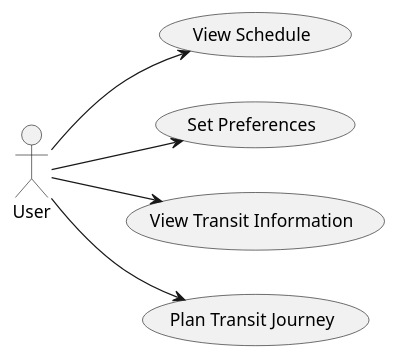
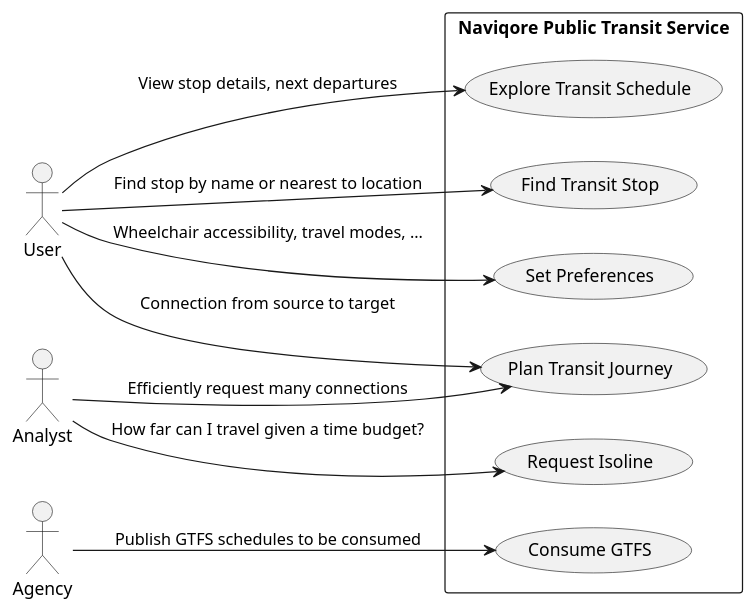
Before and after one commit to naviqore/documentation: the diagram in Writerside/topics/use-case.md, drawn with PlantUML. The commit also changed other lines of this file, not shown here.

````diff
--- a/Writerside/topics/use-case.md
+++ b/Writerside/topics/use-case.md
@@ -11,13 +3,27 @@
 ```plantuml
-
 @startuml
 left to right direction
+
 actor User
+actor Analyst
+actor Agency
 
-User --> (View Schedule)
-User --> (Set Preferences)
-User --> (View Transit Information)
-User --> (Plan Transit Journey)
+rectangle "Naviqore Public Transit Service" {
+    (Explore Transit Schedule)
+    (Find Transit Stop)
+    (Set Preferences)
+    (Plan Transit Journey)
+    (Request Isoline)
+    (Consume GTFS)
+}
+
+User --> (Explore Transit Schedule) : View stop details, next departures
+User --> (Find Transit Stop) : Find stop by name or nearest to location
+User --> (Set Preferences) : Wheelchair accessibility, travel modes, ...
+User --> (Plan Transit Journey) : Connection from source to target
+Analyst --> (Plan Transit Journey) : Efficiently request many connections
+Analyst --> (Request Isoline) : How far can I travel given a time budget?
+Agency --> (Consume GTFS): Publish GTFS schedules to be consumed
+
 @enduml
-
 ```
````
